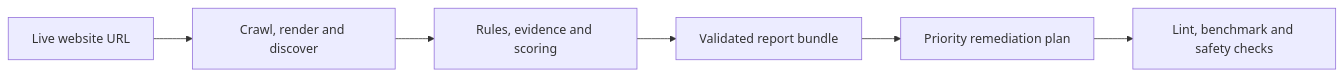
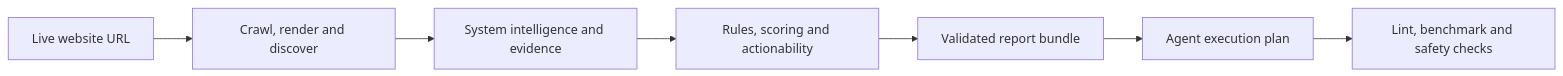
One commit to RNT56/SEO-workflow changed the diagram in README.md. Above: the diagram before and after it, drawn with Mermaid. The commit also changed other lines of this file and 31 other files, not shown here.

````diff
--- a/README.md
+++ b/README.md
@@ -37,8 +38,9 @@
 ```mermaid
 flowchart LR
   A["Live website URL"] --> B["Crawl, render and discover"]
-  B --> C["Rules, evidence and scoring"]
-  C --> D["Validated report bundle"]
-  D --> E["Priority remediation plan"]
-  E --> F["Lint, benchmark and safety checks"]
+  B --> C["System intelligence and evidence"]
+  C --> D["Rules, scoring and actionability"]
+  D --> E["Validated report bundle"]
+  E --> F["Agent execution plan"]
+  F --> G["Lint, benchmark and safety checks"]
 ```
````
